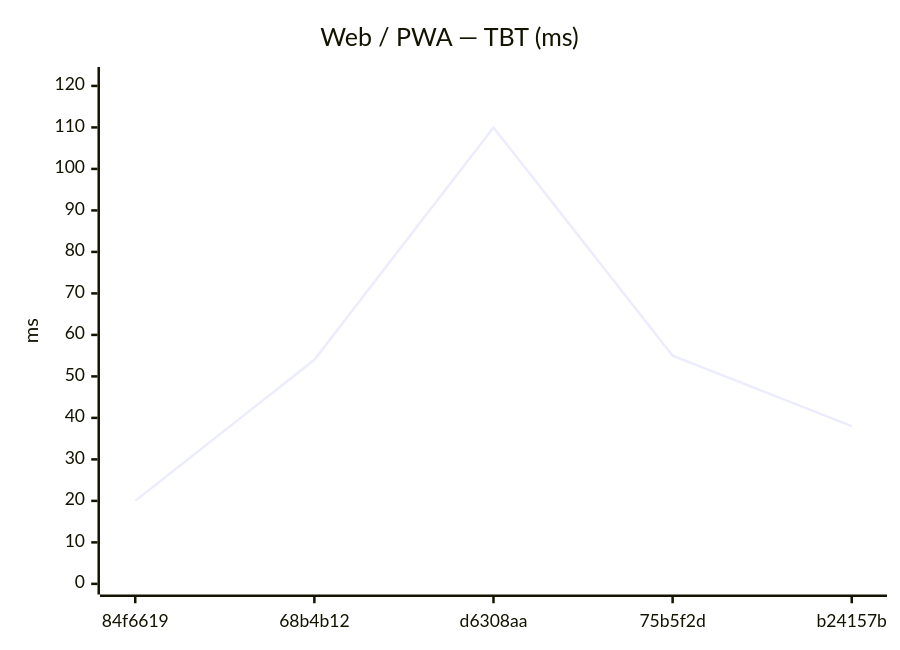
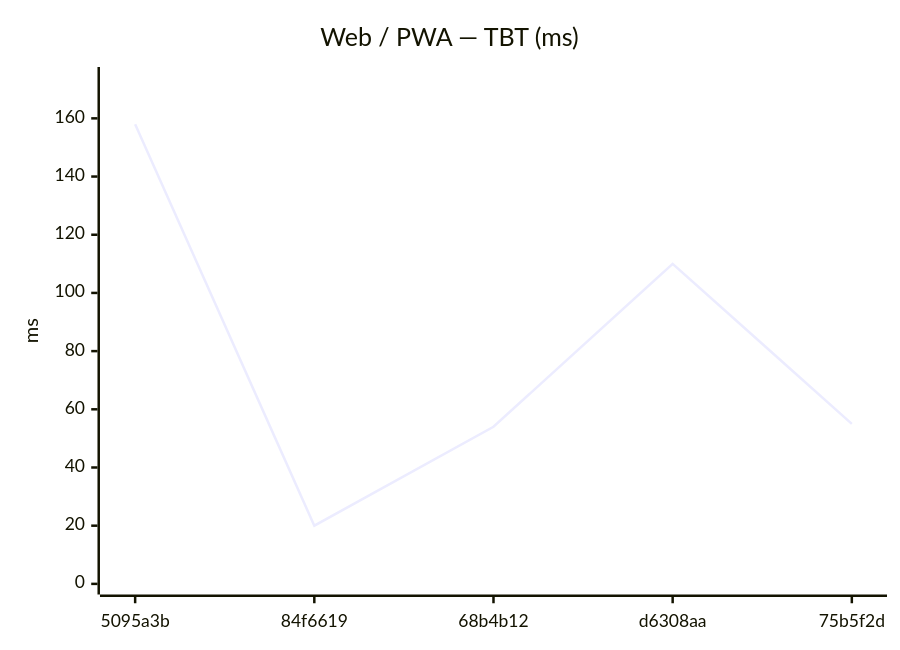
The eighth of 18 diagrams in benchmarks/compare.md (Metaheurist/Rianell), drawn with Mermaid before and after one commit. The commit also changed other lines of this file and 11 other files, not shown here.

````diff
--- a/benchmarks/compare.md
+++ b/benchmarks/compare.md
@@ -124,7 +124,7 @@
 ```mermaid
 xychart-beta
     title "Web / PWA — TBT (ms)"
-    x-axis ["84f6619", "68b4b12", "d6308aa", "75b5f2d", "b24157b"]
-    y-axis "ms" 0 --> 122
-    line [20, 54, 110, 55, 38]
+    x-axis ["5095a3b", "84f6619", "68b4b12", "d6308aa", "75b5f2d"]
+    y-axis "ms" 0 --> 174
+    line [158, 20, 54, 110, 55]
 ```
````
